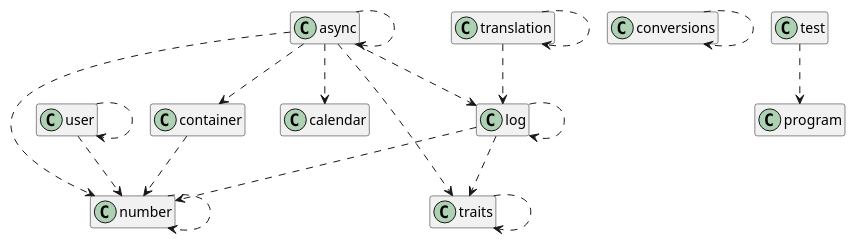
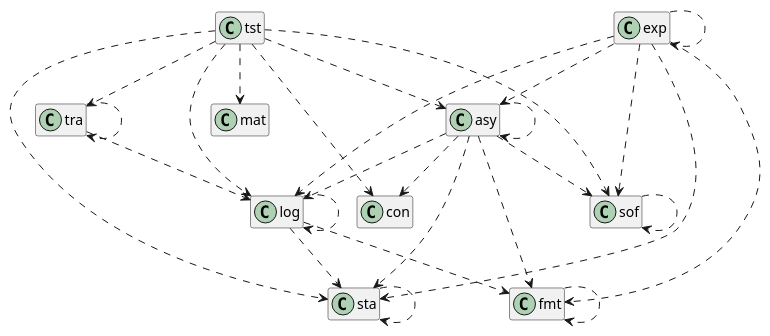
One commit to rodrigocanellas/tenacitas changed the diagram in docs/aux/tenacitas.lib.plantuml. Above: the diagram before and after it, drawn with PlantUML. The commit also changed 178 other files, not shown here.

```diff
--- a/docs/aux/tenacitas.lib.plantuml
+++ b/docs/aux/tenacitas.lib.plantuml
@@ -1,21 +1,30 @@
 @startuml
 hide empty members
-async ..> async
-async ..> calendar
-async ..> container
-async ..> log
-async ..> number
-async ..> traits
-container ..> number
-conversions ..> conversions
+asy ..> asy
+asy ..> con
+asy ..> fmt
+asy ..> log
+asy ..> sof
+asy ..> sta
+exp ..> asy
+exp ..> exp
+exp ..> fmt
+exp ..> log
+exp ..> sof
+exp ..> sta
+fmt ..> fmt
+log ..> fmt
 log ..> log
-log ..> number
-log ..> traits
-number ..> number
-test ..> program
-traits ..> traits
-translation ..> log
-translation ..> translation
-user ..> number
-user ..> user
+log ..> sta
+sof ..> sof
+sta ..> sta
+tra ..> log
+tra ..> tra
+tst ..> asy
+tst ..> con
+tst ..> log
+tst ..> mat
+tst ..> sof
+tst ..> sta
+tst ..> tra
 @enduml
```
